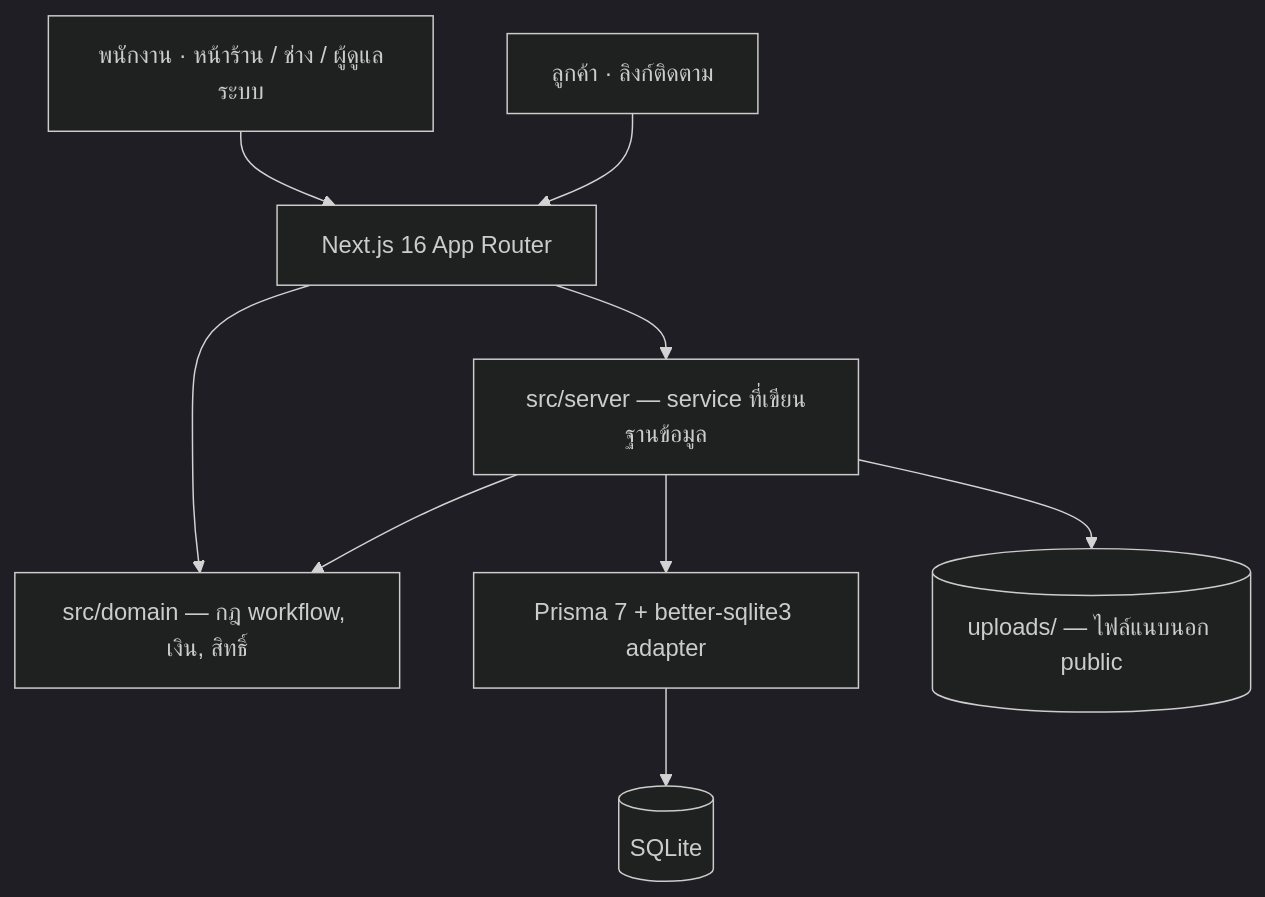
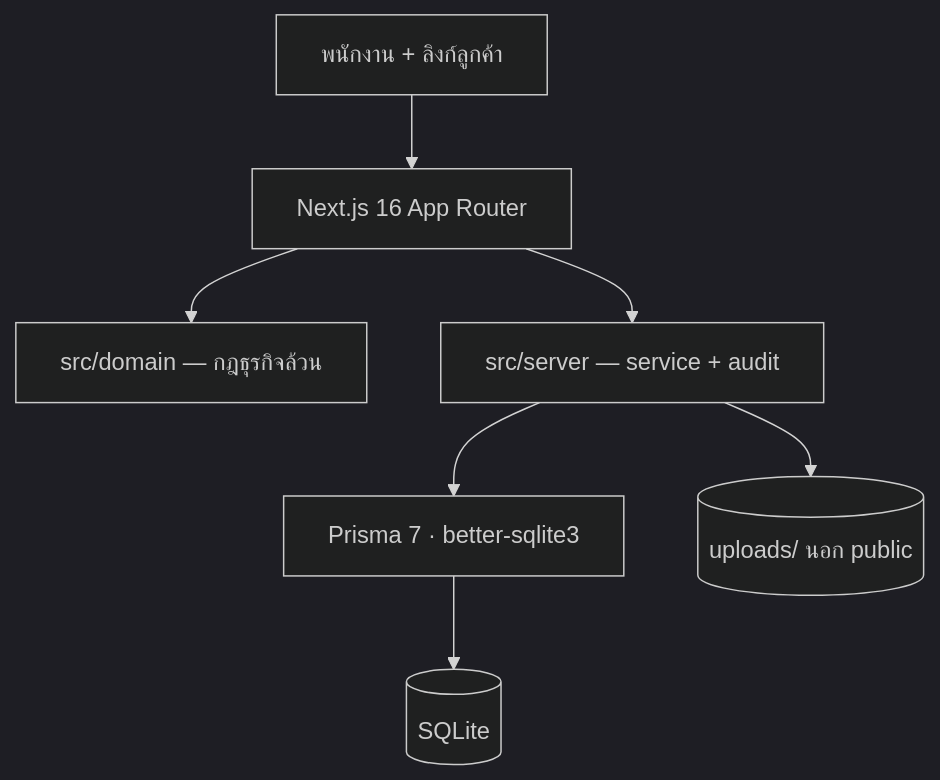
One commit to hirun-2542/RepairDesk changed the diagram in README.md. Above: the diagram before and after it, drawn with Mermaid (dark theme).

Commit message:
docs: tighten the README architecture flowchart
Collapse the two role nodes into one entry and drop the domain hop that
produced a crossing edge, so the diagram renders legibly inside GitHub's
README column.

````diff
--- a/README.md
+++ b/README.md
@@ -118,20 +118,17 @@
 ```mermaid
 flowchart TB
-  Staff["พนักงาน · หน้าร้าน / ช่าง / ผู้ดูแลระบบ"]
-  Customer["ลูกค้า · ลิงก์ติดตาม"]
+  Users["พนักงาน + ลิงก์ลูกค้า"]
   Next["Next.js 16 App Router"]
-  Domain["src/domain — กฎ workflow, เงิน, สิทธิ์"]
-  Server["src/server — service ที่เขียนฐานข้อมูล"]
-  Prisma["Prisma 7 + better-sqlite3 adapter"]
+  Domain["src/domain — กฎธุรกิจล้วน"]
+  Server["src/server — service + audit"]
+  Prisma["Prisma 7 · better-sqlite3"]
   DB[("SQLite")]
-  Files[("uploads/ — ไฟล์แนบนอก public")]
+  Files[("uploads/ นอก public")]
 
-  Staff --> Next
-  Customer --> Next
+  Users --> Next
+  Next --> Domain
   Next --> Server
-  Next --> Domain
-  Server --> Domain
   Server --> Prisma
   Prisma --> DB
   Server --> Files
 ```
````
